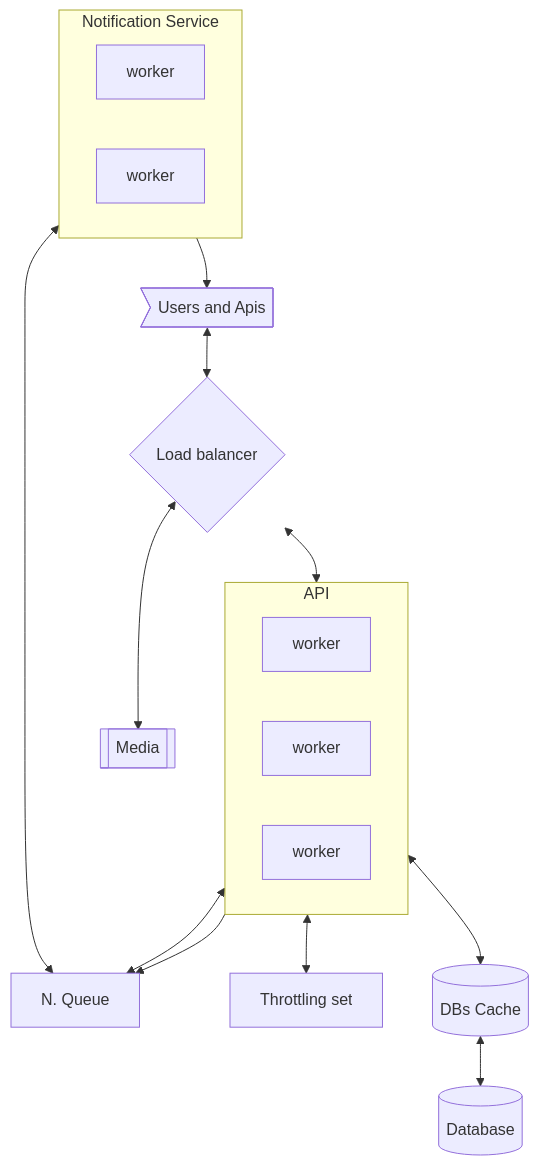
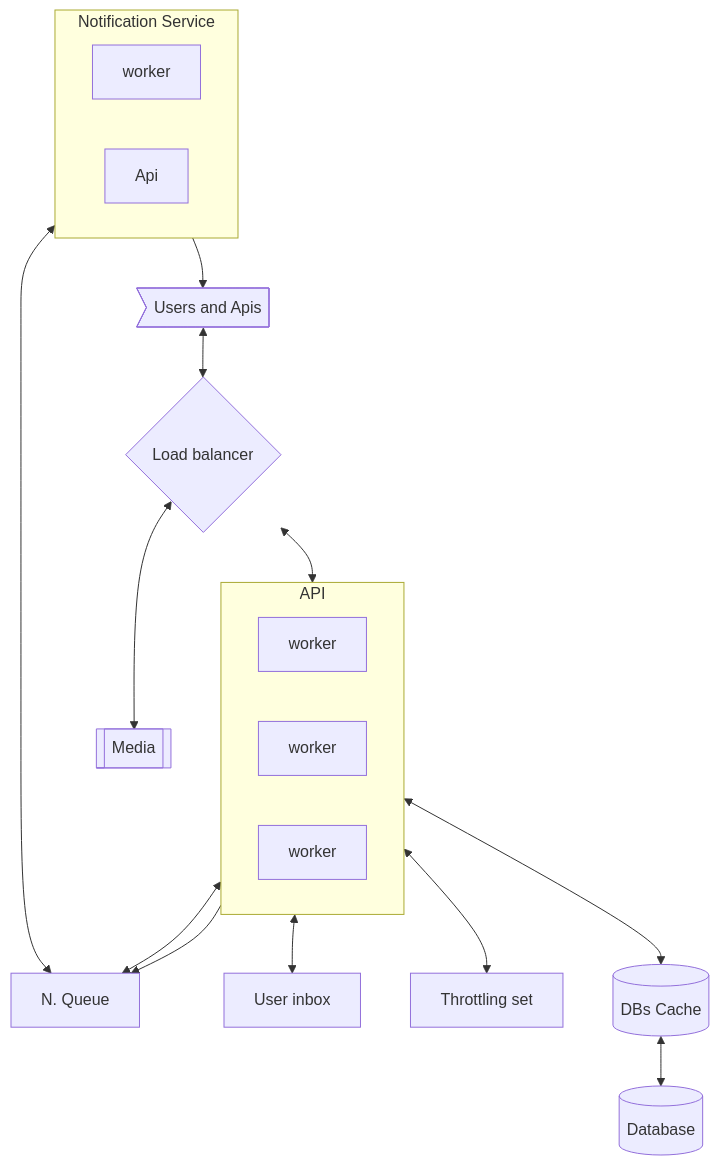
One commit to LamaAni/meta-prep changed the diagram in system_design/questions/chat.md. Above: the diagram before and after it, drawn with Mermaid. The commit also changed other lines of this file, not shown here.

````diff
--- a/system_design/questions/chat.md
+++ b/system_design/questions/chat.md
@@ -157,29 +167,31 @@
 ```mermaid
 flowchart TD;
     queue["N. Queue"]
+    inbox["User inbox"]
     throttling["Throttling set"]
     db[("Database")]
     media[[Media]]
     ld{Load balancer}
     users>"Users and Apis"]
     dbcache[("DBs Cache")]
     subgraph notification["Notification Service"]
         nw1["worker"]
-        nw2["worker"]
+        na1["Api"]
     end
     subgraph api["API"]
         aw1["worker"]
         aw2["worker"]
         aw3["worker"]
     end
     users<-->ld
     notification-->users
     ld<-->media
     ld<-->api
     api<-->dbcache
     api-->queue
+    api<-->inbox
     api<-->throttling
     dbcache<-->db
     api<-->queue
     notification<-->queue
 ```
````
